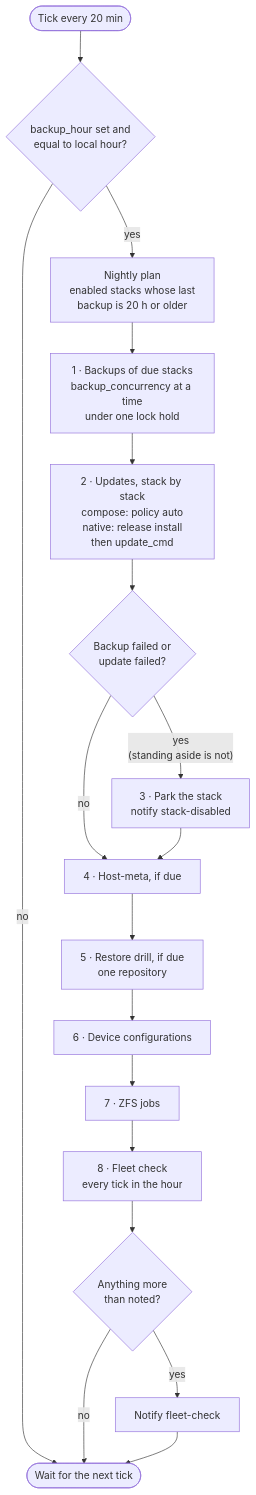
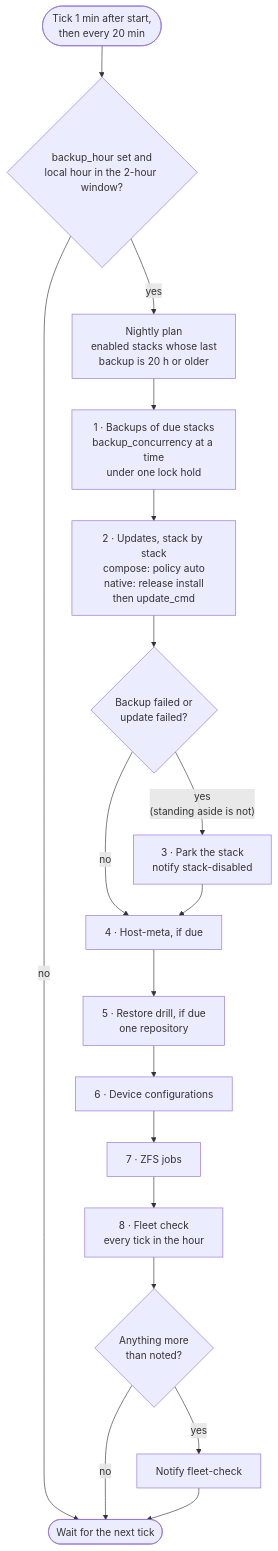
The first of 6 diagrams in docs/OPERATIONS_RUNBOOK.md (kennypassenier/homelab), drawn with Mermaid before and after one commit. The commit also changed other lines of this file and 5 other files, not shown here.

First line of the commit message:
fix: a restart in the backup hour no longer skips the night [fix-129]

````diff
--- a/docs/OPERATIONS_RUNBOOK.md
+++ b/docs/OPERATIONS_RUNBOOK.md
@@ -178,20 +181,20 @@
 ```mermaid
 flowchart TD
-    tick([Tick every 20 min]) --> hour{backup_hour set and<br/>equal to local hour?}
+    tick([Tick 1 min after start,<br/>then every 20 min]) --> hour{backup_hour set and<br/>local hour in the 2-hour window?}
     hour -- no --> wait([Wait for the next tick])
     hour -- yes --> plan[Nightly plan<br/>enabled stacks whose last<br/>backup is 20 h or older]
     plan --> backups[1 · Backups of due stacks<br/>backup_concurrency at a time<br/>under one lock hold]
     backups --> updates[2 · Updates, stack by stack<br/>compose: policy auto<br/>native: release install<br/>then update_cmd]
     updates --> failed{Backup failed or<br/>update failed?}
     failed -- "yes<br/>(standing aside is not)" --> park[3 · Park the stack<br/>notify stack-disabled]
     failed -- no --> meta
     park --> meta[4 · Host-meta, if due]
     meta --> drill[5 · Restore drill, if due<br/>one repository]
     drill --> devices[6 · Device configurations]
     devices --> zfs[7 · ZFS jobs]
     zfs --> fleet[8 · Fleet check<br/>every tick in the hour]
     fleet --> alarm{Anything more<br/>than noted?}
     alarm -- yes --> notify[Notify fleet-check]
     alarm -- no --> wait
     notify --> wait
 ```
````
